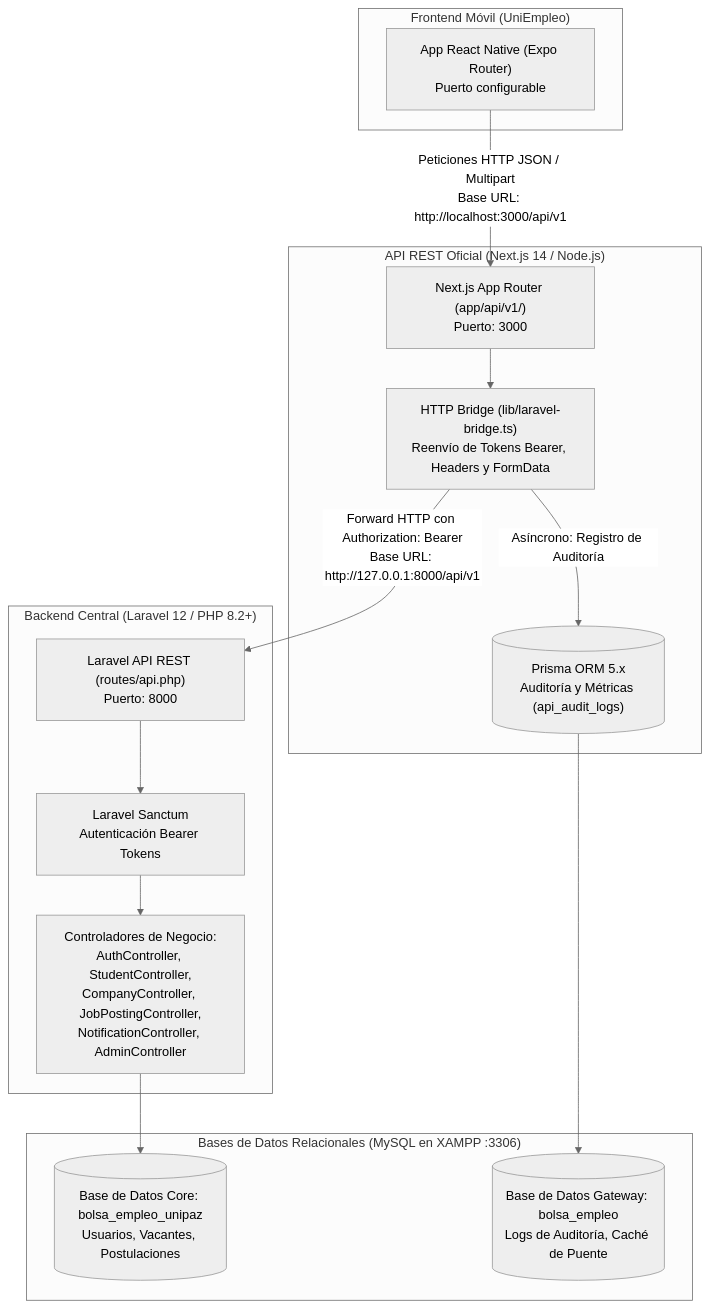
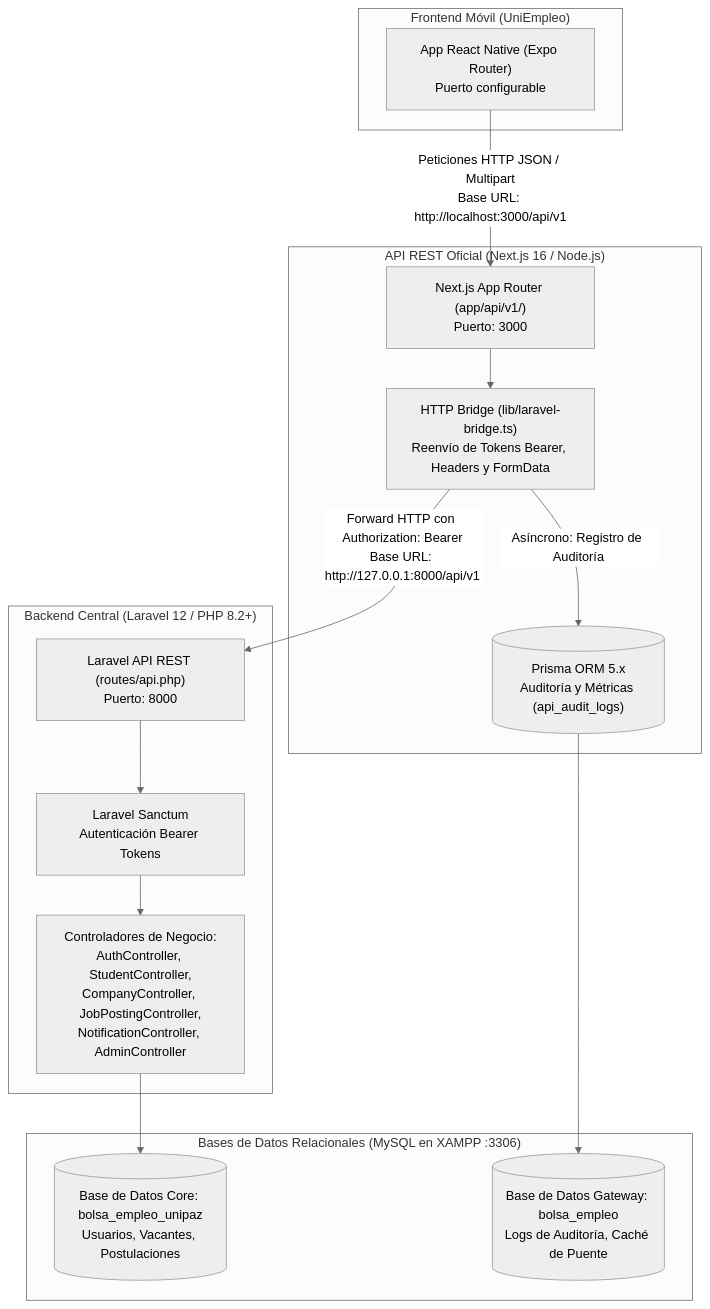
The diagram in UniEmpleo/src/Api/docs/ARQUITECTURA_API.md (andresingenieroinformatico/bolsa-empleo-MOVIL), drawn with Mermaid (neutral theme) before and after one commit. The commit also changed 32 other files, not shown here.

````diff
--- a/UniEmpleo/src/Api/docs/ARQUITECTURA_API.md
+++ b/UniEmpleo/src/Api/docs/ARQUITECTURA_API.md
@@ -10,32 +10,32 @@
 ```mermaid
 flowchart TD
     subgraph Frontend["Frontend Móvil (UniEmpleo)"]
         MobileApp["App React Native (Expo Router)<br/>Puerto configurable"]
     end
 
-    subgraph Gateway["API REST Oficial (Next.js 14 / Node.js)"]
+    subgraph Gateway["API REST Oficial (Next.js 16 / Node.js)"]
         NextRoutes["Next.js App Router (app/api/v1/)<br/>Puerto: 3000"]
         Bridge["HTTP Bridge (lib/laravel-bridge.ts)<br/>Reenvío de Tokens Bearer, Headers y FormData"]
         PrismaLogs[("Prisma ORM 5.x<br/>Auditoría y Métricas (api_audit_logs)")]
     end
 
     subgraph CoreBackend["Backend Central (Laravel 12 / PHP 8.2+)"]
         LaravelApi["Laravel API REST (routes/api.php)<br/>Puerto: 8000"]
         Sanctum["Laravel Sanctum<br/>Autenticación Bearer Tokens"]
         Controllers["Controladores de Negocio:<br/>AuthController, StudentController,<br/>CompanyController, JobPostingController,<br/>NotificationController, AdminController"]
     end
 
     subgraph Database["Bases de Datos Relacionales (MySQL en XAMPP :3306)"]
         DBLaravel[("Base de Datos Core: bolsa_empleo_unipaz<br/>Usuarios, Vacantes, Postulaciones")]
         DBPrisma[("Base de Datos Gateway: bolsa_empleo<br/>Logs de Auditoría, Caché de Puente")]
     end
 
     MobileApp -->|"Peticiones HTTP JSON / Multipart<br/>Base URL: http://localhost:3000/api/v1"| NextRoutes
     NextRoutes --> Bridge
     Bridge -->|"Asíncrono: Registro de Auditoría"| PrismaLogs
     PrismaLogs --> DBPrisma
     Bridge -->|"Forward HTTP con Authorization: Bearer<br/>Base URL: http://127.0.0.1:8000/api/v1"| LaravelApi
     LaravelApi --> Sanctum
     Sanctum --> Controllers
     Controllers --> DBLaravel
 ```
````
